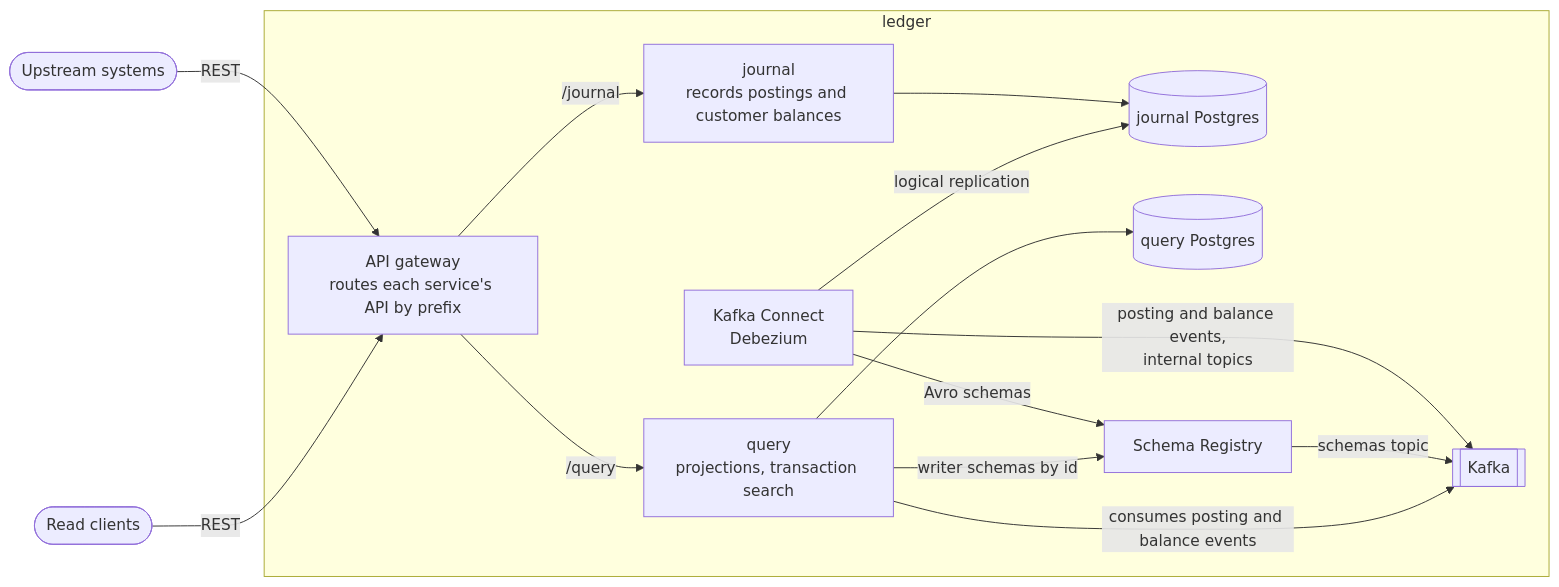
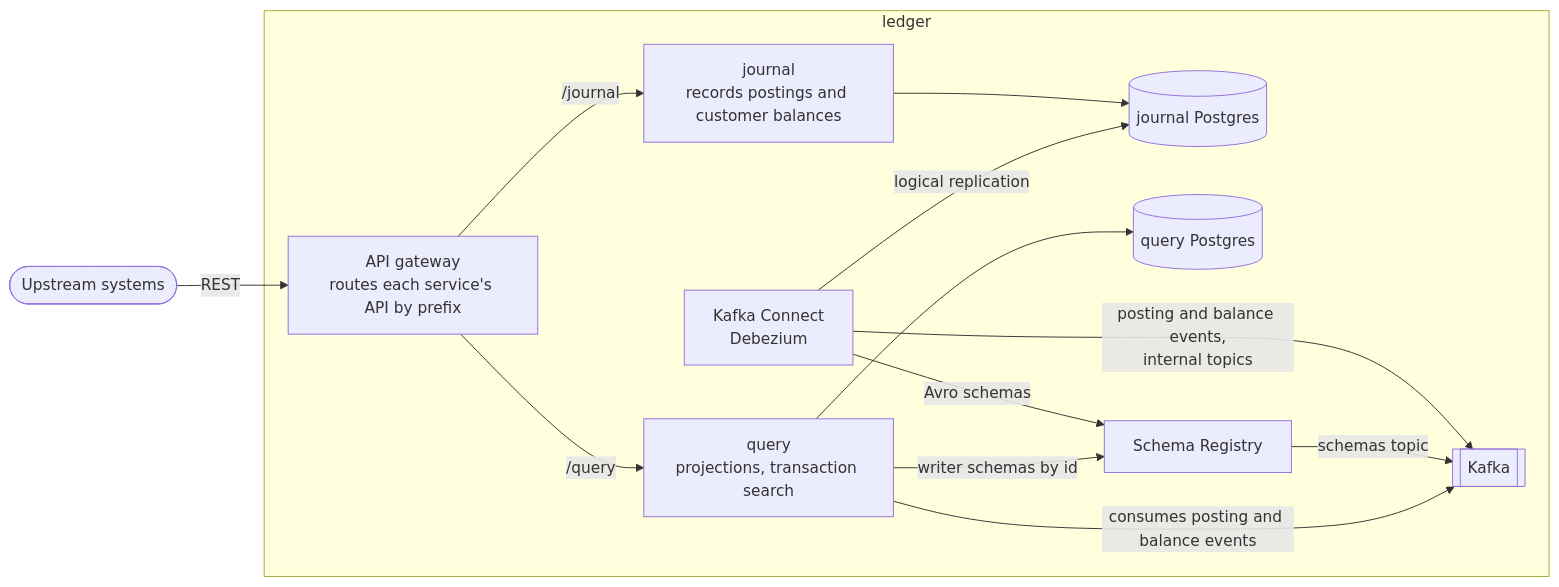
The diagram in docs/architecture/containers.md (apulbere/ledger), drawn with Mermaid before and after one commit.

Commit message:
Merge read clients into upstream systems in the container diagram

````diff
--- a/docs/architecture/containers.md
+++ b/docs/architecture/containers.md
@@ -5,27 +5,25 @@
 ```mermaid
 flowchart LR
     upstream([Upstream systems])
-    readers([Read clients])
     subgraph ledger
         gateway[API gateway<br/>routes each service's API by prefix]
         journal[journal<br/>records postings and customer balances]
         query[query<br/>projections, transaction search]
         journaldb[(journal Postgres)]
         querydb[(query Postgres)]
         connect[Kafka Connect<br/>Debezium]
         kafka[[Kafka]]
         registry[Schema Registry]
     end
     upstream -- "REST" --> gateway
-    readers -- "REST" --> gateway
     gateway -- "/journal" --> journal
     gateway -- "/query" --> query
     journal --> journaldb
     connect -- "logical replication" --> journaldb
     connect -- "posting and balance events,<br/>internal topics" --> kafka
     connect -- "Avro schemas" --> registry
     registry -- "schemas topic" --> kafka
     query -- "consumes posting and balance events" --> kafka
     query -- "writer schemas by id" --> registry
     query --> querydb
 ```
````
